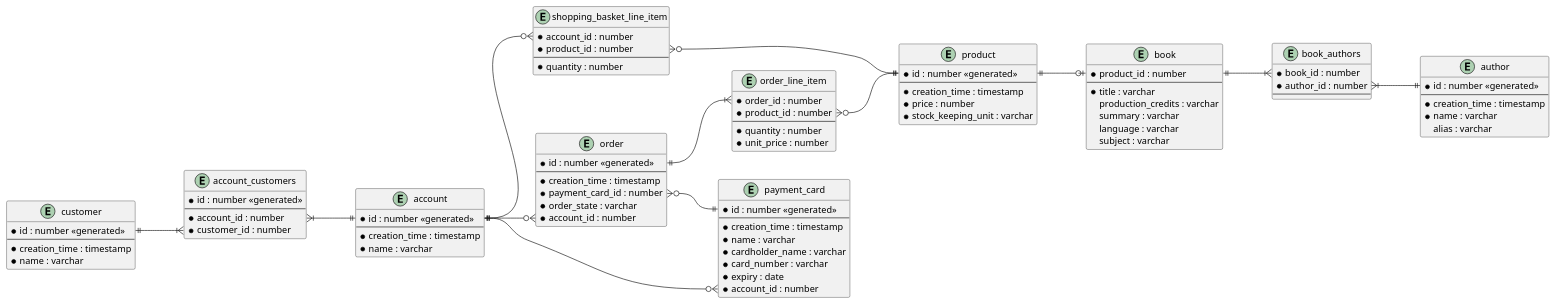
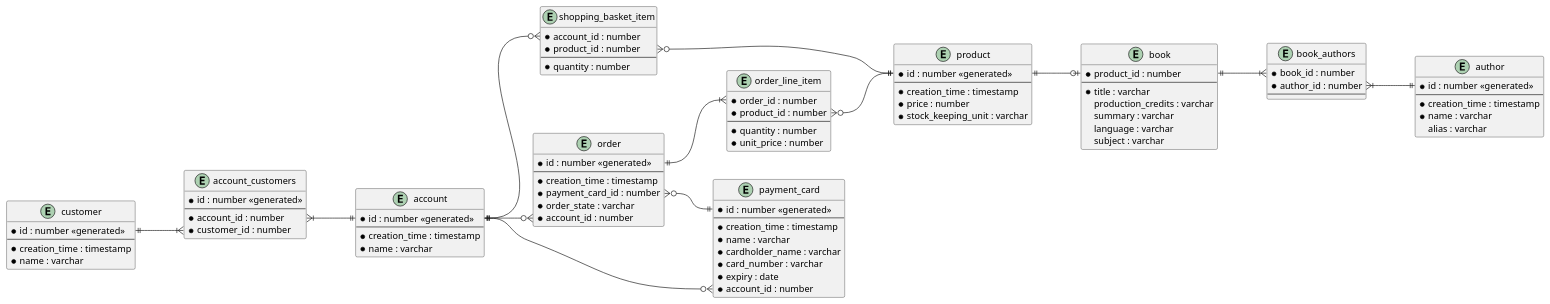
The diagram in docs/design/book_shop_relational_schema_diagram.plantuml (dtmo/bookshop), drawn with PlantUML before and after one commit. The commit also changed 11 other files, not shown here.

Commit message:
wip: renamed "shopping basket line item" to "shopping basket item"

```diff
--- a/docs/design/book_shop_relational_schema_diagram.plantuml
+++ b/docs/design/book_shop_relational_schema_diagram.plantuml
@@ -1,106 +1,106 @@
 @startuml
 
 left to right direction
 
 entity customer {
     * id : number <<generated>>
     --
     * creation_time : timestamp
     * name : varchar
 }
 
 entity account {
     * id : number <<generated>>
     --
     * creation_time : timestamp
     * name : varchar
 }
 
 entity account_customers {
     * id : number <<generated>>
     --
     * account_id : number
     * customer_id : number
 }
 
 entity product {
     * id : number <<generated>>
     --
     * creation_time : timestamp
     * price : number
     * stock_keeping_unit : varchar
 }
 
-entity shopping_basket_line_item {
+entity shopping_basket_item {
     * account_id : number
     * product_id : number
     --
     * quantity : number
 }
 
 entity payment_card {
     * id : number <<generated>>
     --
     * creation_time : timestamp
     * name : varchar
     * cardholder_name : varchar
     * card_number : varchar
     * expiry : date
     * account_id : number
 }
 
 entity order {
     * id : number <<generated>>
     --
     * creation_time : timestamp
     * payment_card_id : number
     * order_state : varchar
     * account_id : number
 }
 
 entity order_line_item {
     * order_id : number
     * product_id : number
     --
     * quantity : number
     * unit_price : number
 }
 
 entity author {
     * id : number <<generated>>
     --
     * creation_time : timestamp
     * name : varchar
     alias : varchar
 }
 
 entity book {
     * product_id : number
     --
     * title : varchar
     production_credits : varchar
     summary : varchar
     language : varchar
     subject : varchar
 }
 
 entity book_authors {
     * book_id : number
     * author_id : number
     --
 }
 
 customer::id ||--|{ account_customers::customer_id
 account_customers::account_id }|--|| account::id
-account::id ||--o{ shopping_basket_line_item::account_id
-shopping_basket_line_item::product_id }o--|| product::id
+account::id ||--o{ shopping_basket_item::account_id
+shopping_basket_item::product_id }o--|| product::id
 account::id ||--o{ payment_card::account_id
 account::id ||--o{ order::account_id
 order::id ||--|{ order_line_item::order_id
 order::payment_card_id }o--|| payment_card::id
 order_line_item::product_id }o--|| product::id
 product::id ||--o| book::product_id
 book::product_id ||--|{ book_authors::book_id
 book_authors::author_id }|--|| author::id
 
 @enduml
```
